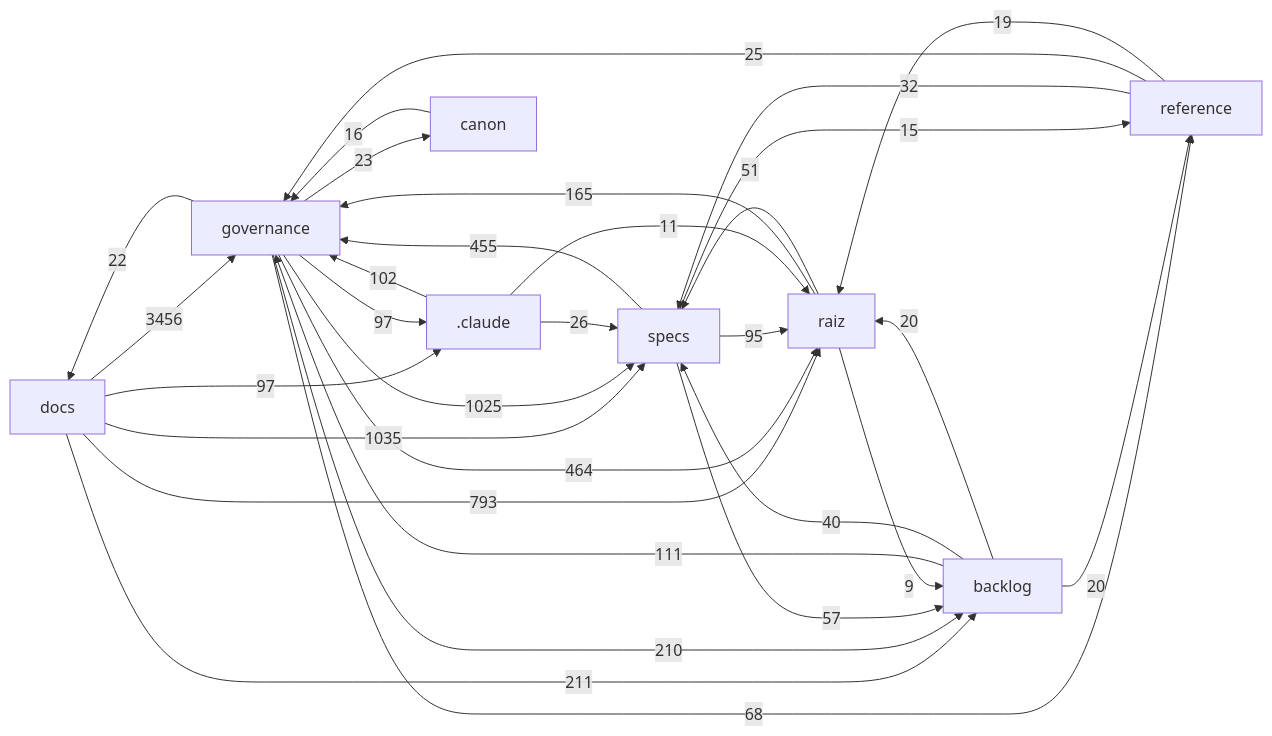
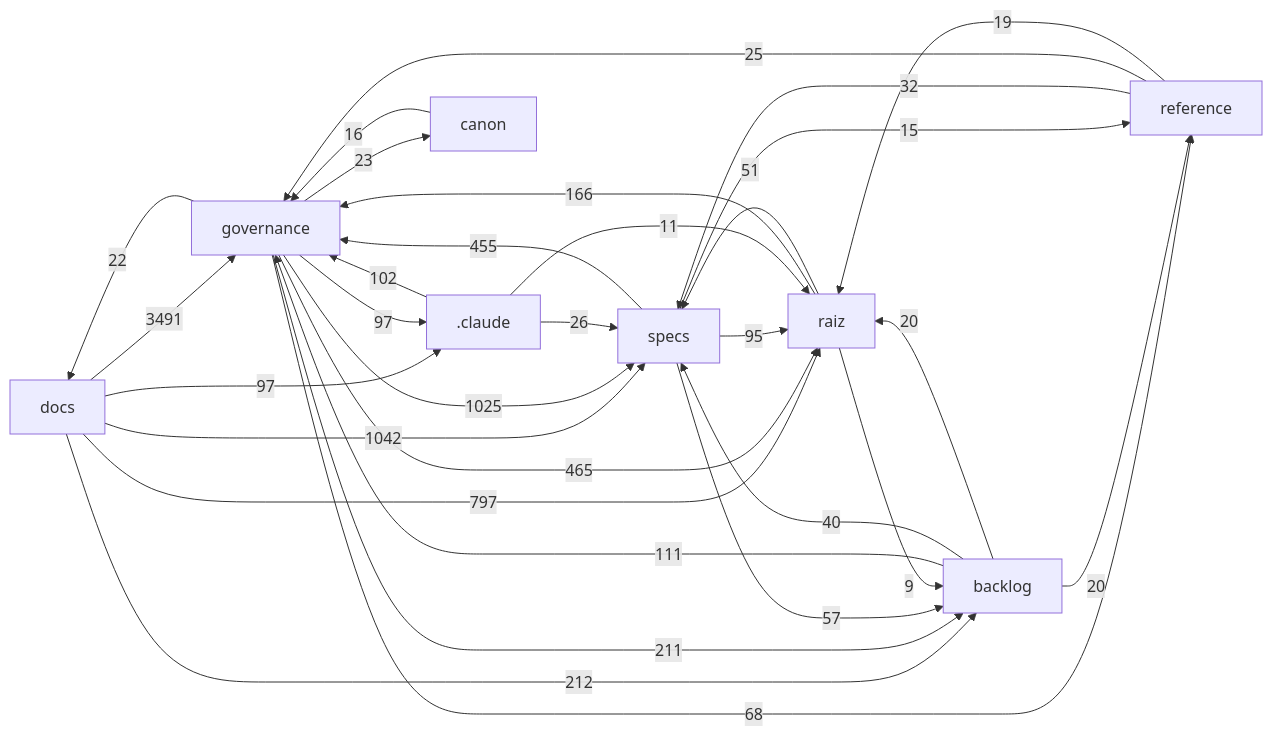
One commit to Andraus35/Sistema-Operacional-de-Trading--SOT changed the diagram in docs/mapa/MAPA-PROJETO.md. Above: the diagram before and after it, drawn with Mermaid. The commit also changed other lines of this file and 3 other files, not shown here.

````diff
--- a/docs/mapa/MAPA-PROJETO.md
+++ b/docs/mapa/MAPA-PROJETO.md
@@ -29,33 +29,33 @@
 ```mermaid
 flowchart LR
-  docs["docs"] -->|3456| governance["governance"]
-  docs["docs"] -->|1035| specs["specs"]
+  docs["docs"] -->|3491| governance["governance"]
+  docs["docs"] -->|1042| specs["specs"]
   governance["governance"] -->|1025| specs["specs"]
-  docs["docs"] -->|793| raiz["raiz"]
-  governance["governance"] -->|464| raiz["raiz"]
+  docs["docs"] -->|797| raiz["raiz"]
+  governance["governance"] -->|465| raiz["raiz"]
   specs["specs"] -->|455| governance["governance"]
-  docs["docs"] -->|211| backlog["backlog"]
-  governance["governance"] -->|210| backlog["backlog"]
-  raiz["raiz"] -->|165| governance["governance"]
+  docs["docs"] -->|212| backlog["backlog"]
+  governance["governance"] -->|211| backlog["backlog"]
+  raiz["raiz"] -->|166| governance["governance"]
   backlog["backlog"] -->|111| governance["governance"]
   _claude[".claude"] -->|102| governance["governance"]
   docs["docs"] -->|97| _claude[".claude"]
   governance["governance"] -->|97| _claude[".claude"]
   specs["specs"] -->|95| raiz["raiz"]
   governance["governance"] -->|68| reference["reference"]
   specs["specs"] -->|57| backlog["backlog"]
   raiz["raiz"] -->|51| specs["specs"]
   backlog["backlog"] -->|40| specs["specs"]
   reference["reference"] -->|32| specs["specs"]
   _claude[".claude"] -->|26| specs["specs"]
   reference["reference"] -->|25| governance["governance"]
   governance["governance"] -->|23| canon["canon"]
   governance["governance"] -->|22| docs["docs"]
   backlog["backlog"] -->|20| raiz["raiz"]
   backlog["backlog"] -->|20| reference["reference"]
   reference["reference"] -->|19| raiz["raiz"]
   canon["canon"] -->|16| governance["governance"]
   specs["specs"] -->|15| reference["reference"]
   _claude[".claude"] -->|11| raiz["raiz"]
   raiz["raiz"] -->|9| backlog["backlog"]
 ```
````
